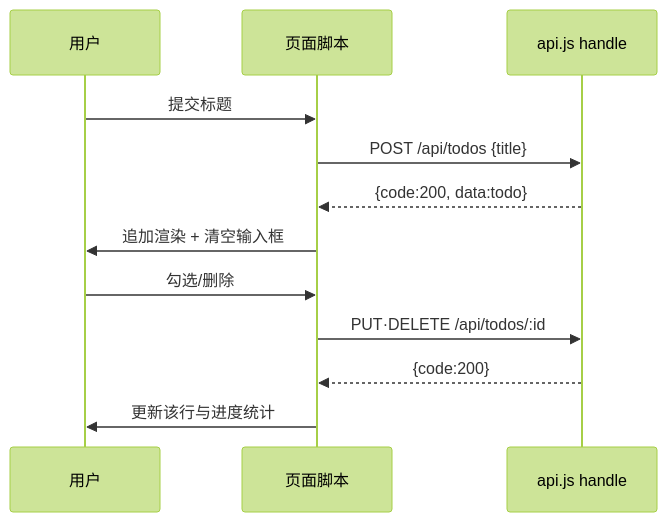
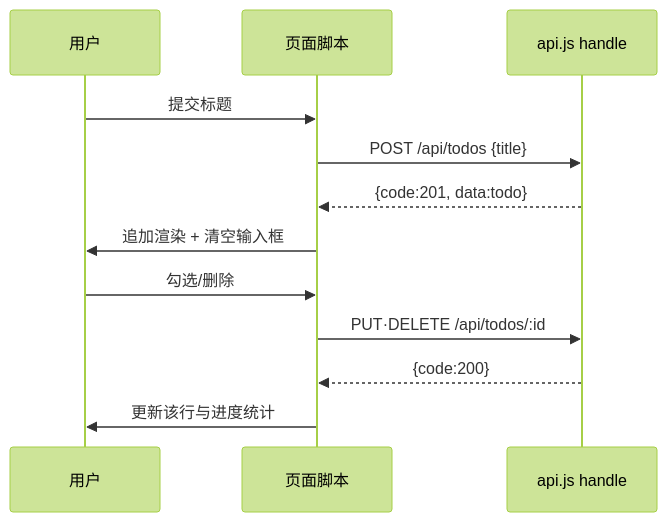
The second of 2 diagrams in src/lib/agents/roles/samples/design.md (ryea0/atoms-demo), drawn with Mermaid (forest theme) before and after one commit. The commit also changed other lines of this file and 3 other files, not shown here.

````diff
--- a/src/lib/agents/roles/samples/design.md
+++ b/src/lib/agents/roles/samples/design.md
@@ -44,14 +44,14 @@
 ```mermaid
 sequenceDiagram
   participant V as 用户
   participant P as 页面脚本
   participant A as api.js handle
   V->>P: 提交标题
   P->>A: POST /api/todos {title}
-  A-->>P: {code:200, data:todo}
+  A-->>P: {code:201, data:todo}
   P->>V: 追加渲染 + 清空输入框
   V->>P: 勾选/删除
   P->>A: PUT·DELETE /api/todos/:id
   A-->>P: {code:200}
   P->>V: 更新该行与进度统计
 ```
````
